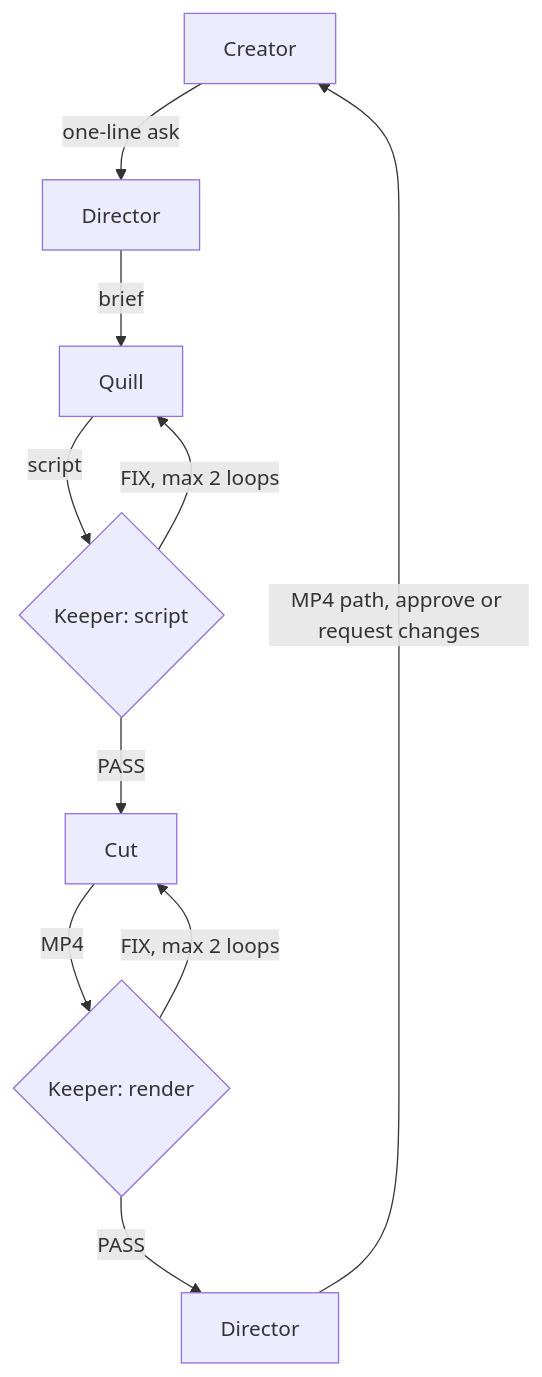
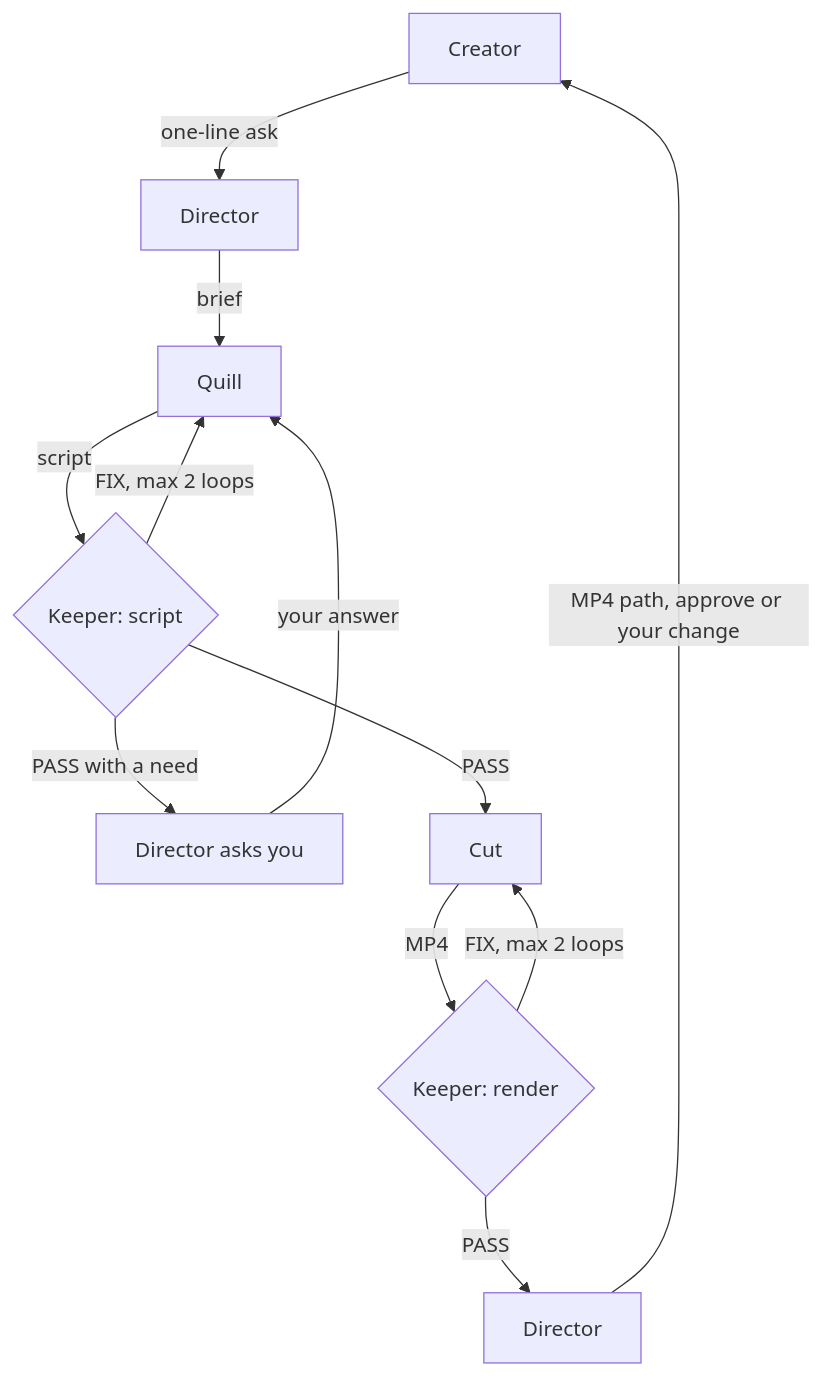
One commit to Nishitbaria/marketing-desk changed the diagram in README.md. Above: the diagram before and after it, drawn with Mermaid. The commit also changed other lines of this file and 11 other files, not shown here.

````diff
--- a/README.md
+++ b/README.md
@@ -18,12 +18,14 @@
 ```mermaid
 flowchart TD
   C[Creator] -->|one-line ask| D[Director]
   D -->|brief| Q[Quill]
   Q -->|script| K1{Keeper: script}
   K1 -->|FIX, max 2 loops| Q
+  K1 -->|PASS with a need| N[Director asks you]
+  N -->|your answer| Q
   K1 -->|PASS| R[Cut]
   R -->|MP4| K2{Keeper: render}
   K2 -->|FIX, max 2 loops| R
   K2 -->|PASS| D2[Director]
-  D2 -->|MP4 path, approve or request changes| C
+  D2 -->|MP4 path, approve or your change| C
 ```
````
